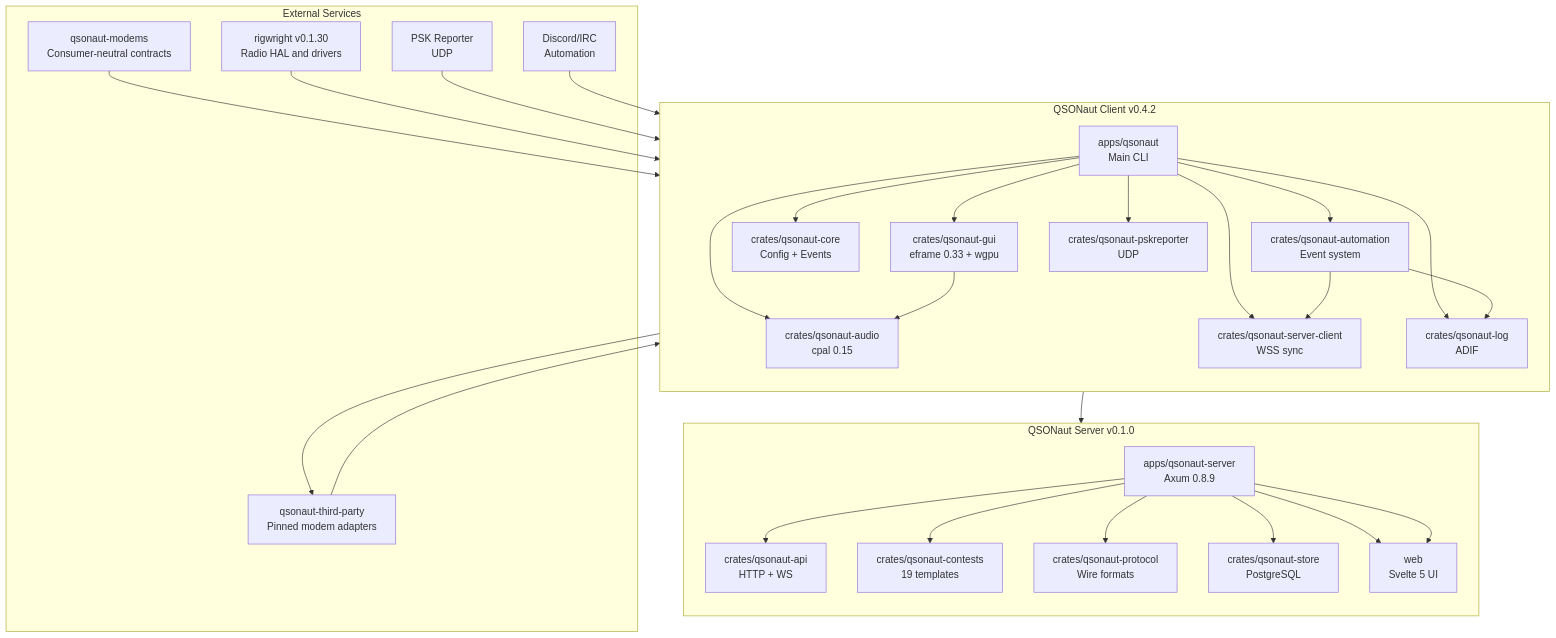
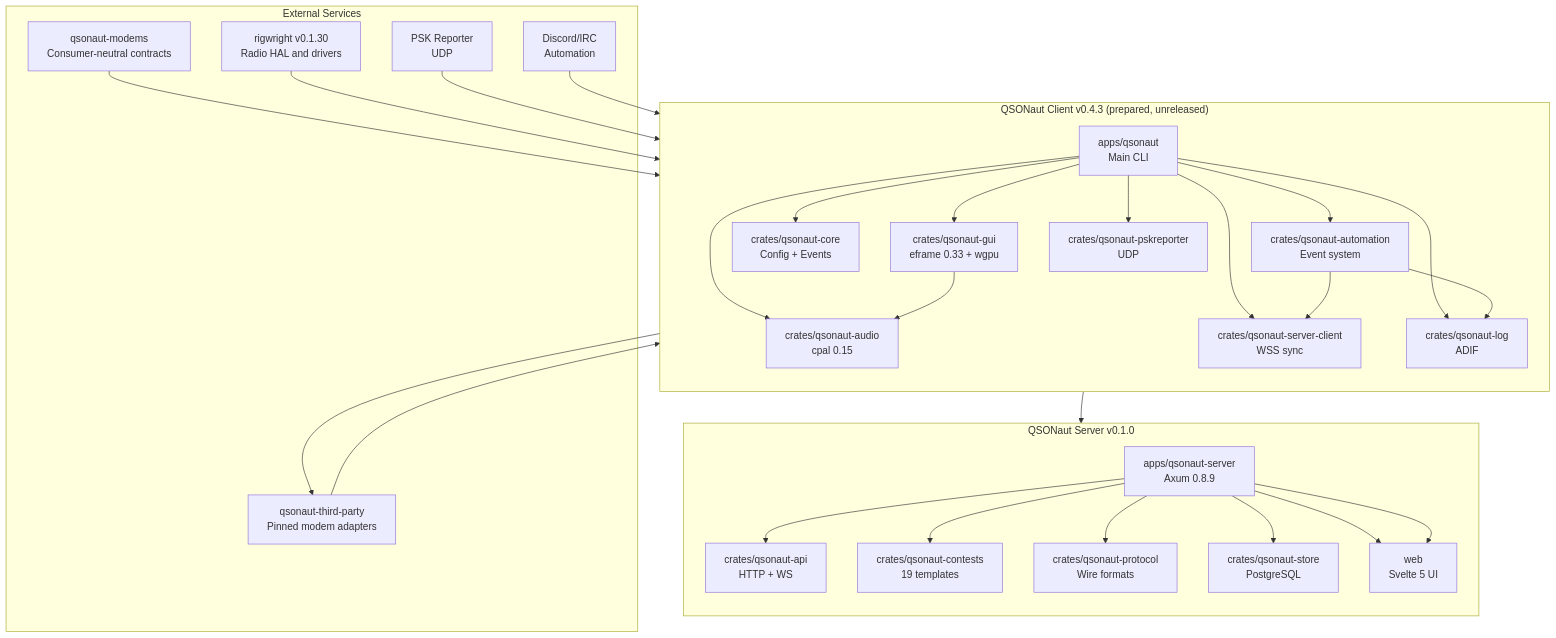
Before and after one commit to nicksbar/QSONaut: the first of 6 diagrams in docs/ARCHITECTURE.md, drawn with Mermaid. The commit also changed other lines of this file and 7 other files, not shown here.

````diff
--- a/docs/ARCHITECTURE.md
+++ b/docs/ARCHITECTURE.md
@@ -5,45 +5,45 @@
 ```mermaid
 graph TB
-    subgraph QSONaut_Client["QSONaut Client v0.4.2"]
+    subgraph QSONaut_Client["QSONaut Client v0.4.3 (prepared, unreleased)"]
         direction TB
         A[apps/qsonaut<br/>Main CLI]
         A --> B[crates/qsonaut-gui<br/>eframe 0.33 + wgpu]
         A --> C[crates/qsonaut-core<br/>Config + Events]
         A --> F[crates/qsonaut-audio<br/>cpal 0.15]
         A --> G[crates/qsonaut-automation<br/>Event system]
         A --> H[crates/qsonaut-server-client<br/>WSS sync]
         A --> I[crates/qsonaut-log<br/>ADIF]
         A --> J[crates/qsonaut-pskreporter<br/>UDP]
         
         B --> F
         G --> H
         G --> I
     end
     
     subgraph QSONaut_Server["QSONaut Server v0.1.0"]
         direction TB
         K[apps/qsonaut-server<br/>Axum 0.8.9]
         K --> L[crates/qsonaut-api<br/>HTTP + WS]
         K --> M[crates/qsonaut-contests<br/>19 templates]
         K --> N[crates/qsonaut-protocol<br/>Wire formats]
         K --> O[crates/qsonaut-store<br/>PostgreSQL]
         K --> P[web<br/>Svelte 5 UI]
     end
     
     subgraph External["External Services"]
         Q[qsonaut-third-party<br/>Pinned modem adapters]
         U[qsonaut-modems<br/>Consumer-neutral contracts]
         R[rigwright v0.1.30<br/>Radio HAL and drivers]
         S[PSK Reporter<br/>UDP]
         T[Discord/IRC<br/>Automation]
     end
     
     Q --> B
     U --> B
     F --> Q
     R --> A
     S --> I
     T --> G
     H --> K
     K --> P
 ```
````
